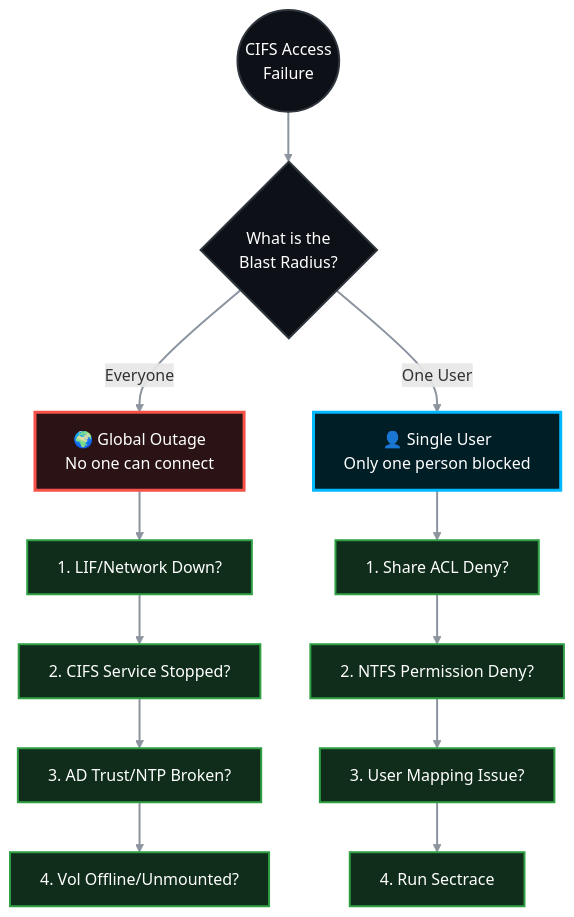
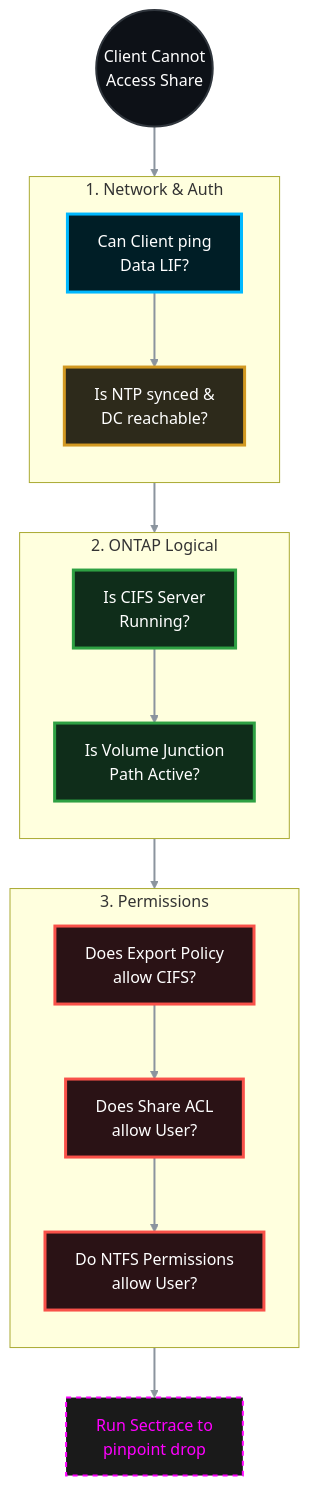
One commit to sulthansharief-ks/SAN-NAS_Central changed the diagram in NetApp/CIFS/cifs_troubleshooting_inaccesible.md. Above: the diagram before and after it, drawn with Mermaid. The commit also changed other lines of this file, not shown here.

````diff
--- a/NetApp/CIFS/cifs_troubleshooting_inaccesible.md
+++ b/NetApp/CIFS/cifs_troubleshooting_inaccesible.md
@@ -27,35 +23,44 @@
 ```mermaid
 graph TD
     %% --- Dark Mode Theme Definitions ---
     classDef base fill:#0d1117,stroke:#30363d,stroke-width:2px,color:#fff
-    classDef global fill:#2a1215,stroke:#f85149,stroke-width:3px,color:#fff
-    classDef single fill:#001e26,stroke:#00b8ff,stroke-width:3px,color:#fff
-    classDef action fill:#0f2d1a,stroke:#2ea043,stroke-width:2px,color:#fff
+    classDef network fill:#001e26,stroke:#00b8ff,stroke-width:3px,color:#fff
+    classDef ad fill:#2d2a1b,stroke:#d29922,stroke-width:3px,color:#fff
+    classDef ontap fill:#0f2d1a,stroke:#2ea043,stroke-width:3px,color:#fff
+    classDef perm fill:#2a1215,stroke:#f85149,stroke-width:3px,color:#fff
+    classDef action fill:#1a1a1a,stroke:#ff00ff,stroke-width:2px,stroke-dasharray: 5 5,color:#ff00ff
 
-    Start((CIFS Access<br/>Failure)):::base
+    Start((Client Cannot<br/>Access Share)):::base
 
-    Type{What is the<br/>Blast Radius?}:::base
+    subgraph Layer1 [1. Network & Auth]
+        direction TB
+        LIF[Can Client ping<br/>Data LIF?]:::network
+        AD[Is NTP synced &<br/>DC reachable?]:::ad
+    end
 
-    Global[🌍 Global Outage<br/>No one can connect]:::global
-    Single[👤 Single User<br/>Only one person blocked]:::single
+    subgraph Layer2 [2. ONTAP Logical]
+        direction TB
+        CIFS[Is CIFS Server<br/>Running?]:::ontap
+        PATH[Is Volume Junction<br/>Path Active?]:::ontap
+    end
 
-    Start --> Type
-    Type -->|Everyone| Global
-    Type -->|One User| Single
+    subgraph Layer3 [3. Permissions]
+        direction TB
+        EXPORT[Does Export Policy<br/>allow CIFS?]:::perm
+        SHARE[Does Share ACL<br/>allow User?]:::perm
+        NTFS[Do NTFS Permissions<br/>allow User?]:::perm
+    end
+    
+    Trace[Run Sectrace to<br/>pinpoint drop]:::action
 
-    %% Global Path
-    G1[1. LIF/Network Down?]:::action
-    G2[2. CIFS Service Stopped?]:::action
-    G3[3. AD Trust/NTP Broken?]:::action
-    G4[4. Vol Offline/Unmounted?]:::action
-    Global --> G1 --> G2 --> G3 --> G4
+    Start --> LIF
+    LIF --> AD
+    AD --> CIFS
+    CIFS --> PATH
+    PATH --> EXPORT
+    EXPORT --> SHARE
+    SHARE --> NTFS
+    NTFS --> Trace
 
-    %% Single Path
-    S1[1. Share ACL Deny?]:::action
-    S2[2. NTFS Permission Deny?]:::action
-    S3[3. User Mapping Issue?]:::action
-    S4[4. Run Sectrace]:::action
-    Single --> S1 --> S2 --> S3 --> S4
-
-    linkStyle 0,1,2,3,4,5,6,7,8,9,10 stroke:#8b949e,stroke-width:2px
+    linkStyle 0,1,2,3,4,5,6,7 stroke:#8b949e,stroke-width:2px
 ```
````
